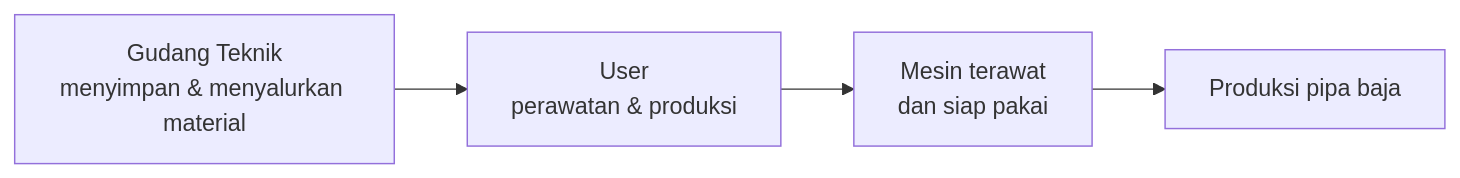
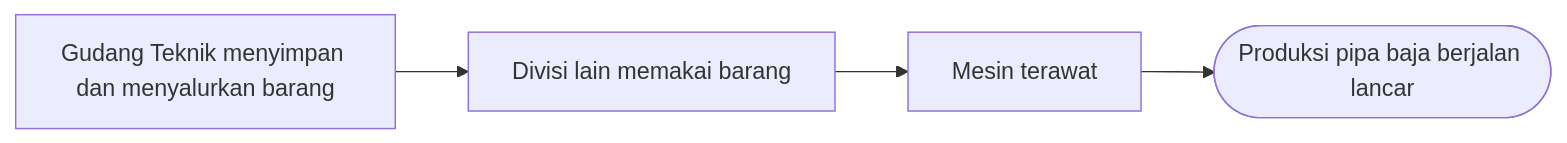
One commit to Hwarinn66/WareHouse changed the diagram in docs/perusahaan/index.md. Above: the diagram before and after it, drawn with Mermaid. The commit also changed other lines of this file and 60 other files, not shown here.

First line of the commit message:
Sederhanakan tampilan dan sesuaikan alur dengan Gudang Teknik (v0.2.0)

````diff
--- a/docs/perusahaan/index.md
+++ b/docs/perusahaan/index.md
@@ -62,8 +35,8 @@
 ```mermaid
 flowchart LR
-  accTitle: Peran Gudang Teknik dalam operasional
-  accDescr: Gudang Teknik menyediakan material ke user di bagian perawatan dan produksi, yang menjaga mesin tetap berjalan sehingga produksi pipa baja berlangsung.
-  G[Gudang Teknik<br/>menyimpan & menyalurkan material] --> U[User<br/>perawatan & produksi]
-  U --> M[Mesin terawat<br/>dan siap pakai]
-  M --> P[Produksi pipa baja]
+  accTitle: Peran Gudang Teknik
+  accDescr: Gudang Teknik menyediakan barang untuk divisi lain, divisi merawat mesin, dan mesin yang terawat menjaga produksi pipa baja tetap berjalan.
+  G["Gudang Teknik menyimpan dan menyalurkan barang"]:::staff --> U["Divisi lain memakai barang"]:::divisi
+  U --> M["Mesin terawat"]:::dokumen
+  M --> P(["Produksi pipa baja berjalan lancar"]):::selesai
 ```
````
